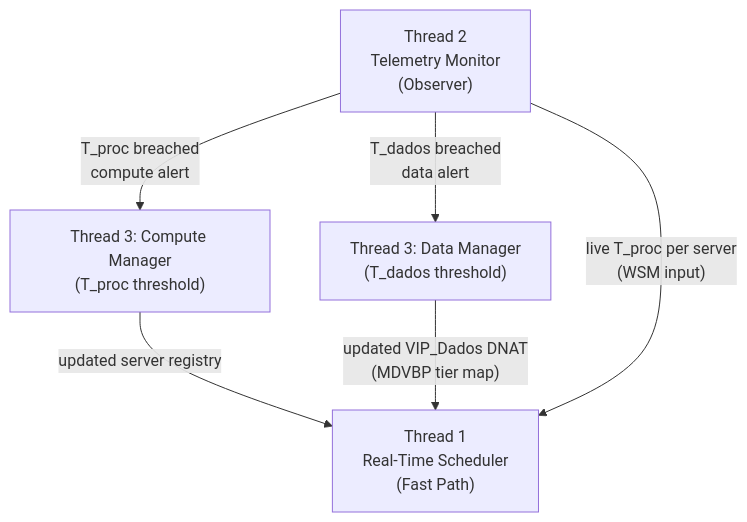
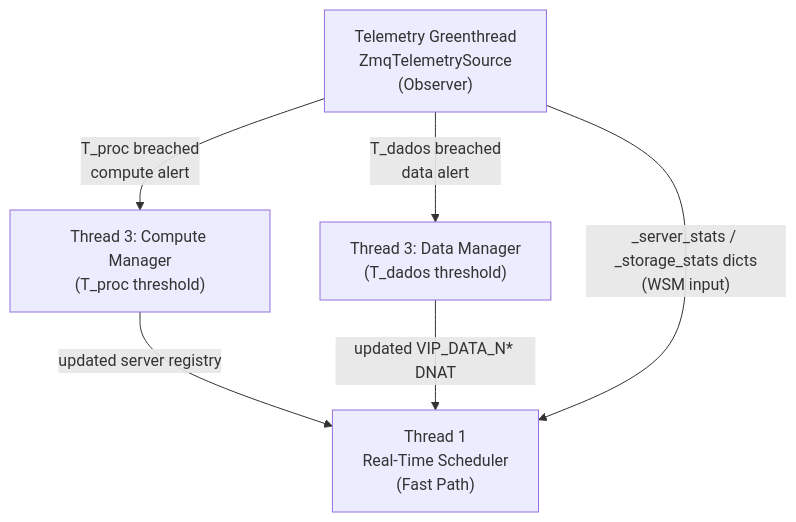
Before and after one commit to poioe20p/efficient-storage-in-edge-scenarios: the first of 21 diagrams in docs/operation/system_scenarios.md, drawn with Mermaid. The commit also changed other lines of this file and 28 other files, not shown here.

Commit message:
- setup testing workload - setup http request with connection to db (made some fixes) wrong port and etc - controller was able to vip route both client http to server and server mongodb to db

````diff
--- a/docs/operation/system_scenarios.md
+++ b/docs/operation/system_scenarios.md
@@ -11,13 +11,13 @@
 ```mermaid
 graph TD
     T1["Thread 1<br/>Real-Time Scheduler<br/>(Fast Path)"]
-    T2["Thread 2<br/>Telemetry Monitor<br/>(Observer)"]
+    T2["Telemetry Greenthread<br/>ZmqTelemetrySource<br/>(Observer)"]
     T3C["Thread 3: Compute Manager<br/>(T_proc threshold)"]
     T3D["Thread 3: Data Manager<br/>(T_dados threshold)"]
 
     T2 -->|"T_proc breached<br/>compute alert"| T3C
     T2 -->|"T_dados breached<br/>data alert"| T3D
     T3C -->|"updated server registry"| T1
-    T3D -->|"updated VIP_Dados DNAT<br/>(MDVBP tier map)"| T1
-    T2 -->|"live T_proc per server<br/>(WSM input)"| T1
+    T3D -->|"updated VIP_DATA_N* DNAT"| T1
+    T2 -->|"_server_stats / _storage_stats dicts<br/>(WSM input)"| T1
 ```
````
